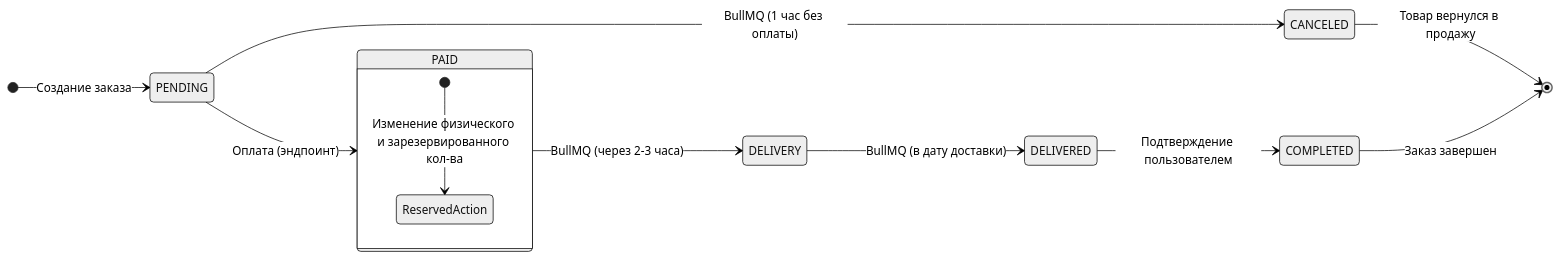
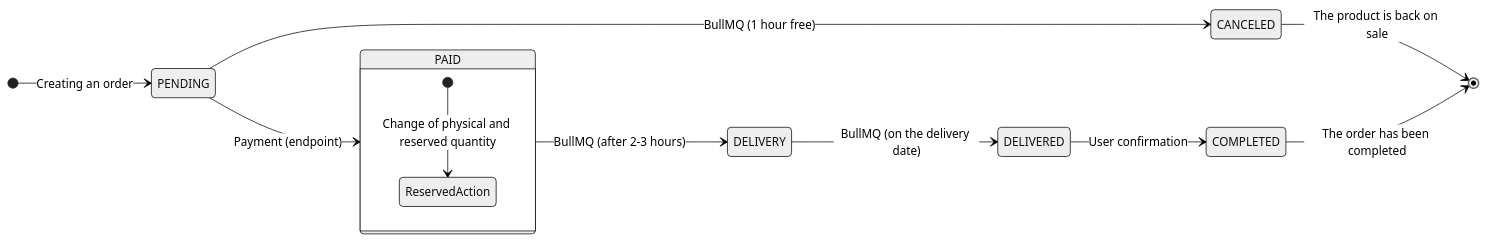
One commit to ValeriyTm/Cybersite-2077 changed the first of 2 diagrams in README.md. Above: the diagram before and after it, drawn with Mermaid (neutral theme). The commit also changed other lines of this file and 30 other files, not shown here.

````diff
--- a/README.md
+++ b/README.md
@@ -393,19 +395,19 @@
 ```mermaid
 stateDiagram-v2
 
  direction LR
-    [*] --> PENDING : Создание заказа
-    PENDING --> CANCELED : BullMQ (1 час без оплаты)
-    PENDING --> PAID : Оплата (эндпоинт)
+    [*] --> PENDING : Creating an order
+    PENDING --> CANCELED : BullMQ (1 hour free)
+    PENDING --> PAID : Payment (endpoint)
 
     state PAID {
-        [*] --> ReservedAction : Изменение физического и зарезервированного кол-ва
+        [*] --> ReservedAction : Change of physical and reserved quantity
     }
 
-    PAID --> DELIVERY : BullMQ (через 2-3 часа)
-    DELIVERY --> DELIVERED : BullMQ (в дату доставки)
-    DELIVERED --> COMPLETED : Подтверждение пользователем
-    
-    CANCELED --> [*] : Товар вернулся в продажу
-    COMPLETED --> [*] : Заказ завершен
+    PAID --> DELIVERY : BullMQ (after 2-3 hours)
+    DELIVERY --> DELIVERED : BullMQ (on the delivery date)
+    DELIVERED --> COMPLETED : User confirmation
+
+    CANCELED --> [*] : The product is back on sale
+    COMPLETED --> [*] : The order has been completed
 ```
````
